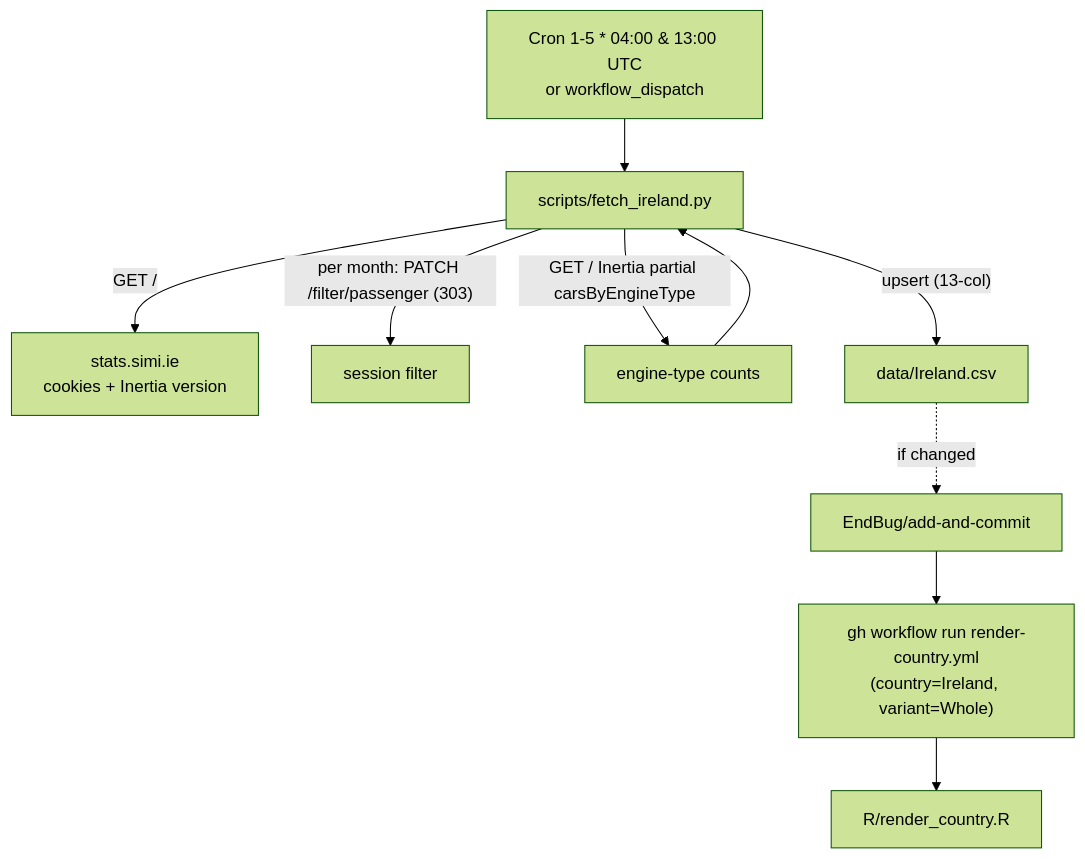
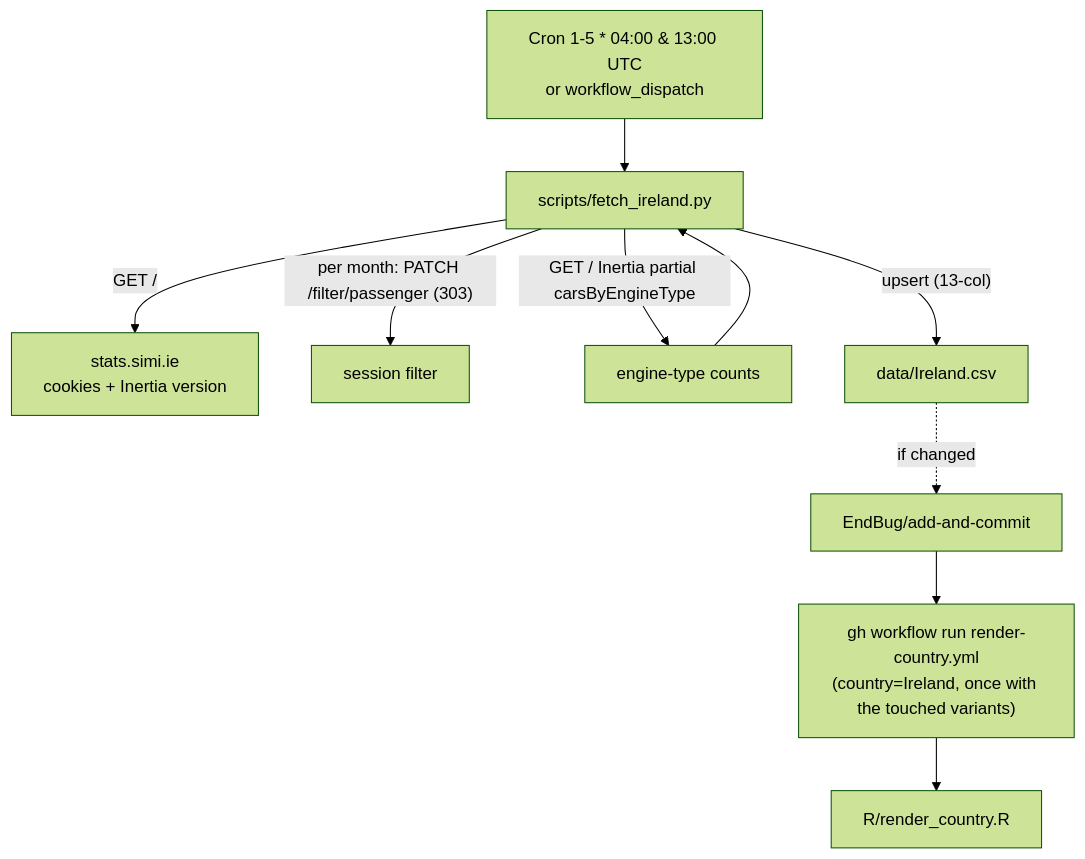
Before and after one commit to LeRaffl/LeRaffl-Gallery: the diagram in docs/architecture/15-source-ireland.md, drawn with Mermaid (forest theme). The commit also changed 26 other files, not shown here.

````diff
--- a/docs/architecture/15-source-ireland.md
+++ b/docs/architecture/15-source-ireland.md
@@ -230,13 +230,13 @@
 ```mermaid
 flowchart TD
     Cron["Cron 1-5 * 04:00 & 13:00 UTC<br/>or workflow_dispatch"]
     Cron --> Fetch["scripts/fetch_ireland.py"]
     Fetch -->|"GET /"| Boot["stats.simi.ie<br/>cookies + Inertia version"]
     Fetch -->|"per month: PATCH /filter/passenger (303)"| Filter["session filter"]
     Fetch -->|"GET / Inertia partial carsByEngineType"| Data["engine-type counts"]
     Data --> Fetch
     Fetch -->|"upsert (13-col)"| CSV["data/Ireland.csv"]
     CSV -.->|"if changed"| GA["EndBug/add-and-commit"]
-    GA --> Dispatch["gh workflow run render-country.yml<br/>(country=Ireland, variant=Whole)"]
+    GA --> Dispatch["gh workflow run render-country.yml<br/>(country=Ireland, once with the touched variants)"]
     Dispatch --> Render["R/render_country.R"]
 ```
````
